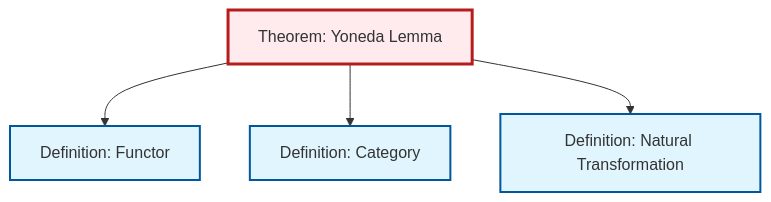
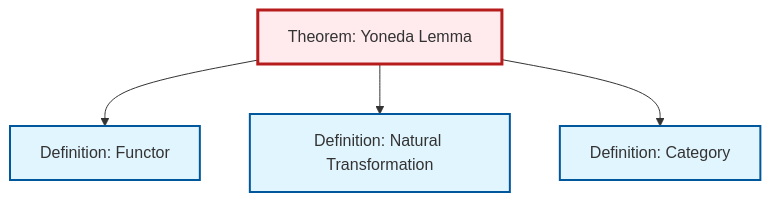
One commit to RK0429/ModernMath changed the diagram in content/en/category-theory/thm-yoneda.qmd. Above: the diagram before and after it, drawn with Mermaid. The commit also changed other lines of this file and 531 other files, not shown here.

````diff
--- a/content/en/category-theory/thm-yoneda.qmd
+++ b/content/en/category-theory/thm-yoneda.qmd
@@ -88,20 +88,20 @@
 ```{mermaid}
 %%| fig-cap: "Local dependency graph"
 graph TD
     classDef definition fill:#e1f5fe,stroke:#01579b,stroke-width:2px
     classDef theorem fill:#f3e5f5,stroke:#4a148c,stroke-width:2px
     classDef axiom fill:#fff3e0,stroke:#e65100,stroke-width:2px
     classDef example fill:#e8f5e9,stroke:#1b5e20,stroke-width:2px
     classDef current fill:#ffebee,stroke:#b71c1c,stroke-width:3px
+    def-natural-transformation["Definition: Natural Transformation"]:::definition
+    def-category["Definition: Category"]:::definition
     def-functor["Definition: Functor"]:::definition
-    def-natural-transformation["Definition: Natural Transformation"]:::definition
     thm-yoneda["Theorem: Yoneda Lemma"]:::theorem
-    def-category["Definition: Category"]:::definition
     thm-yoneda --> def-functor
+    thm-yoneda --> def-natural-transformation
     thm-yoneda --> def-category
-    thm-yoneda --> def-natural-transformation
     class thm-yoneda current
-    click def-functor "def-functor.html" "Go to Functor definition"
     click def-natural-transformation "def-natural-transformation.html" "Go to Natural Transformation definition"
     click def-category "def-category.html" "Go to Category definition"
+    click def-functor "def-functor.html" "Go to Functor definition"
 ```
````
